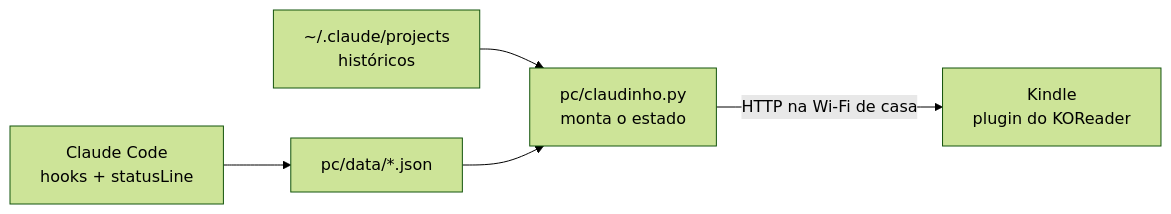
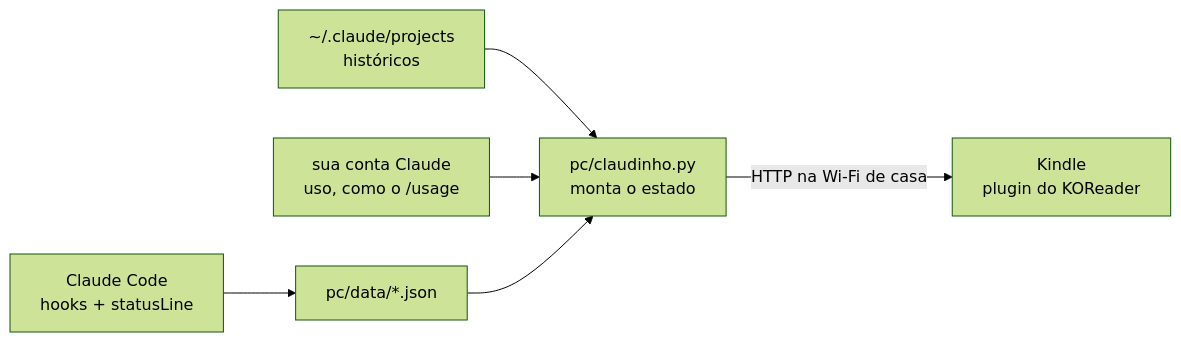
One commit to phnrezende/kindle-claude2.0 changed the diagram in README.md. Above: the diagram before and after it, drawn with Mermaid (forest theme). The commit also changed other lines of this file and 5 other files, not shown here.

First line of the commit message:
PC: lê o uso da sessão e da semana direto da conta, como o /usage

````diff
--- a/README.md
+++ b/README.md
@@ -60,7 +60,8 @@
 ```mermaid
 flowchart LR
   A[Claude Code<br/>hooks + statusLine] --> B[pc/data/*.json]
   H[~/.claude/projects<br/>históricos] --> C
+  U[sua conta Claude<br/>uso, como o /usage] --> C
   B --> C[pc/claudinho.py<br/>monta o estado]
   C -->|HTTP na Wi-Fi de casa| K[Kindle<br/>plugin do KOReader]
 ```
````
